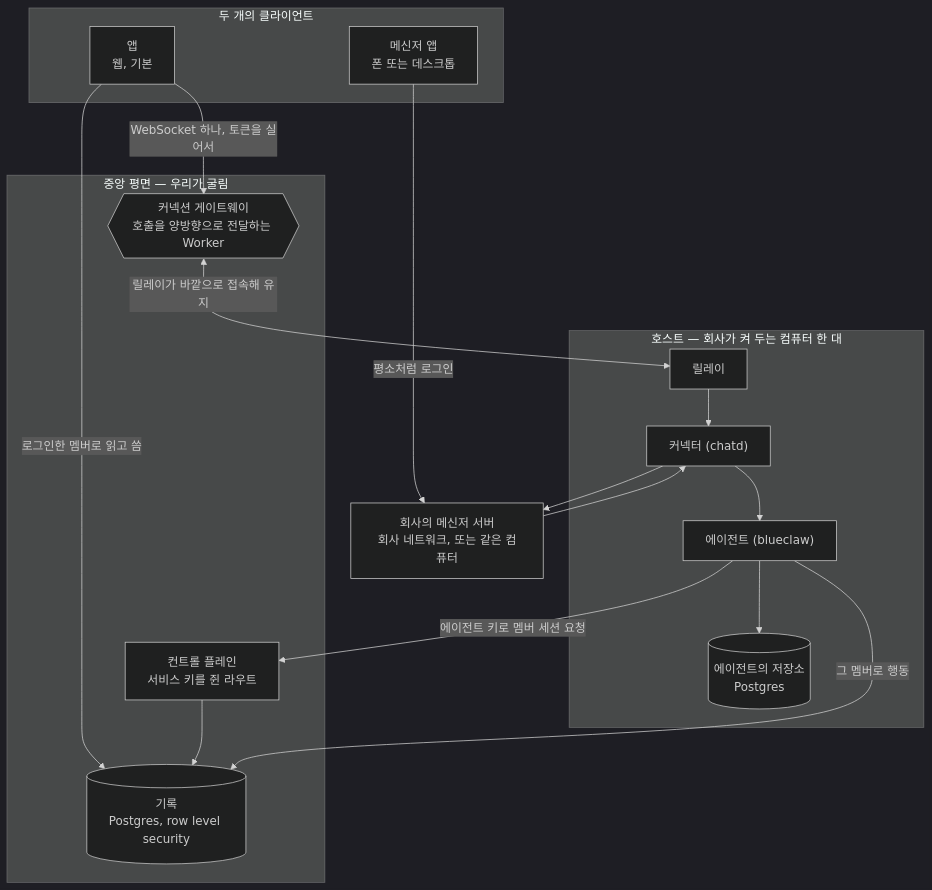
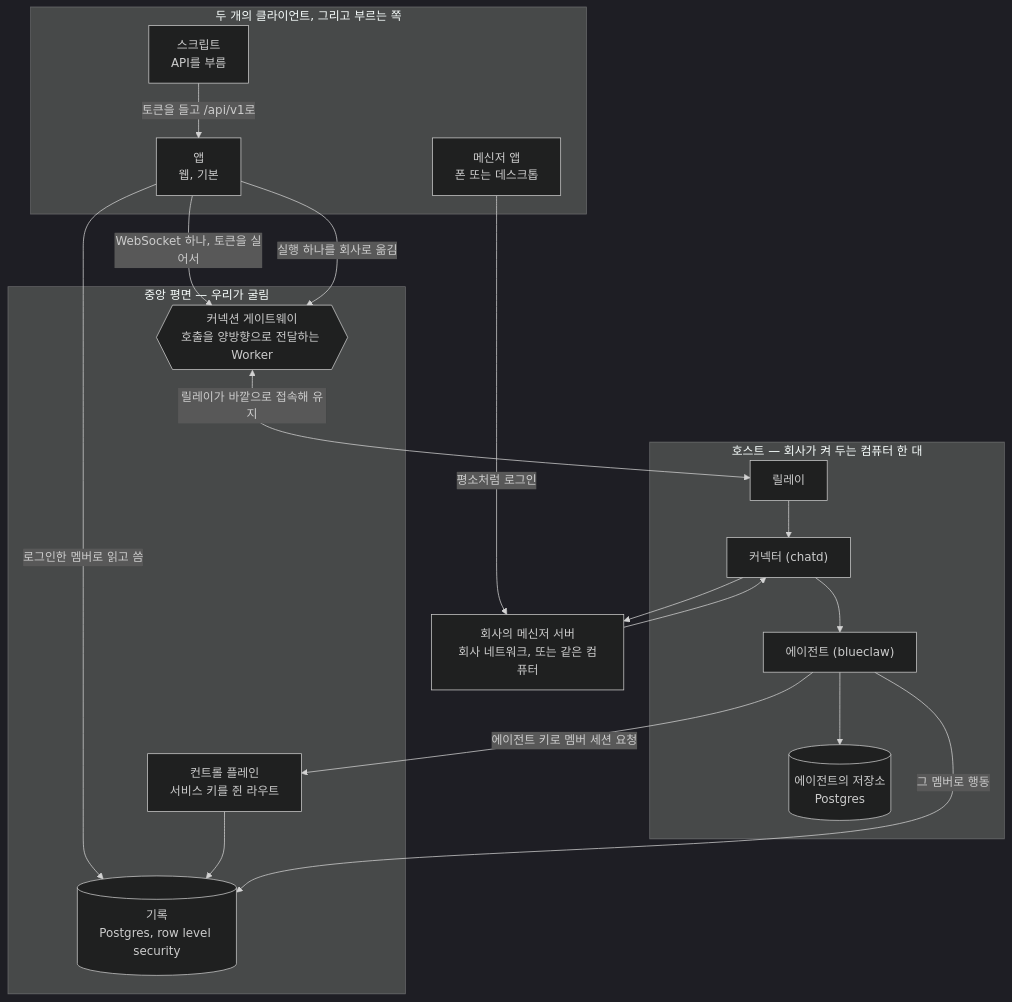
One commit to yeomyeonggeori/internkim changed the diagram in docs/architecture.ko.mdx. Above: the diagram before and after it, drawn with Mermaid (dark theme). The commit also changed other lines of this file and 21 other files, not shown here.

First line of the commit message:
docs: say that the api is the app, not a worker of ours

````diff
--- a/docs/architecture.ko.mdx
+++ b/docs/architecture.ko.mdx
@@ -9,34 +9,37 @@
 ```mermaid
 flowchart TB
-    subgraph clients["두 개의 클라이언트"]
+    subgraph clients["두 개의 클라이언트, 그리고 부르는 쪽"]
         app["앱<br/>웹, 기본"]
         client["메신저 앱<br/>폰 또는 데스크톱"]
+        caller["스크립트<br/>API를 부름"]
     end
 
     subgraph central["중앙 평면 — 우리가 굴림"]
         record[("기록<br/>Postgres, row level security")]
         control["컨트롤 플레인<br/>서비스 키를 쥔 라우트"]
         gateway{{"커넥션 게이트웨이<br/>호출을 양방향으로 전달하는 Worker"}}
     end
 
     subgraph host["호스트 — 회사가 켜 두는 컴퓨터 한 대"]
         relay["릴레이"]
         connector["커넥터 (chatd)"]
         agent["에이전트 (blueclaw)"]
         store[("에이전트의 저장소<br/>Postgres")]
     end
 
     messenger["회사의 메신저 서버<br/>회사 네트워크, 또는 같은 컴퓨터"]
 
     app -->|"로그인한 멤버로 읽고 씀"| record
     app -->|"WebSocket 하나, 토큰을 실어서"| gateway
+    caller -->|"토큰을 들고 /api/v1로"| app
+    app -->|"실행 하나를 회사로 옮김"| gateway
     client -->|"평소처럼 로그인"| messenger
     gateway <-->|"릴레이가 바깥으로 접속해 유지"| relay
     relay --> connector
     connector --> messenger
     messenger --> connector --> agent
     agent --> store
     agent -->|"에이전트 키로 멤버 세션 요청"| control
     control --> record
     agent -->|"그 멤버로 행동"| record
 ```
````
